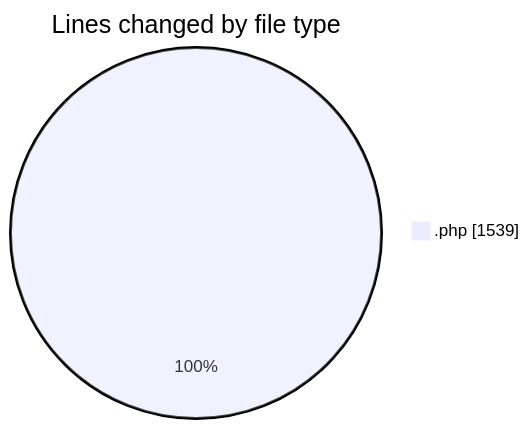
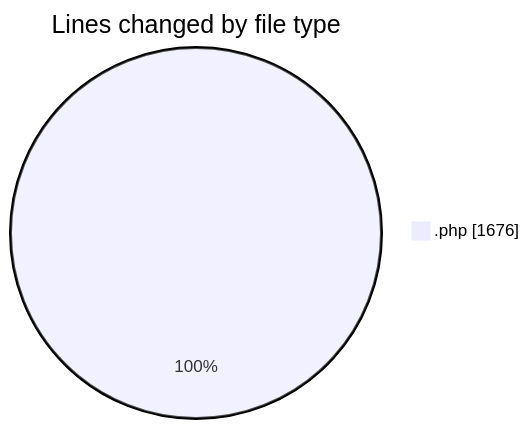
Before and after one commit to idhammustaqopulfikri/code-tracking: the first of 2 diagrams in 2025-06-23/studio-backend/README.md, drawn with Mermaid. The commit also changed other lines of this file and 1 other file, not shown here.

````diff
--- a/2025-06-23/studio-backend/README.md
+++ b/2025-06-23/studio-backend/README.md
@@ -21,5 +21,5 @@
 ```mermaid
 pie showData
 title Lines changed by file type
-".php" : 1539
+".php" : 1676
 ```
````
